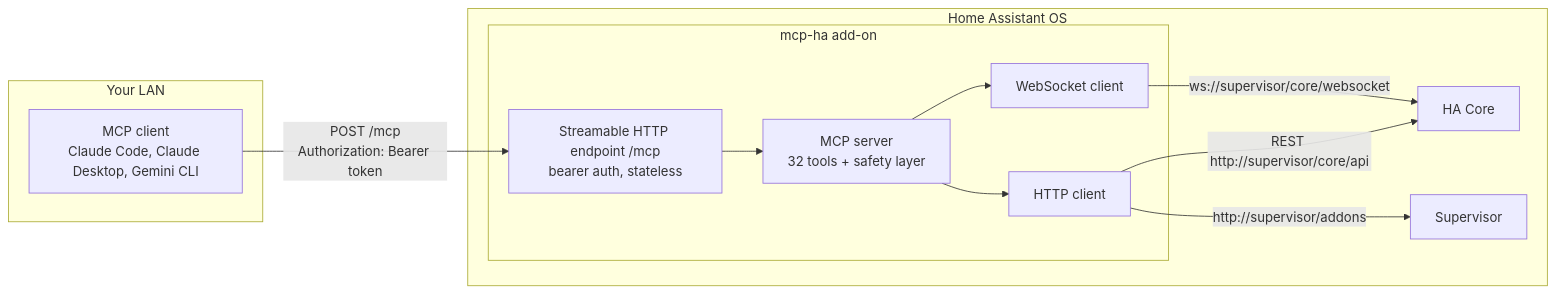
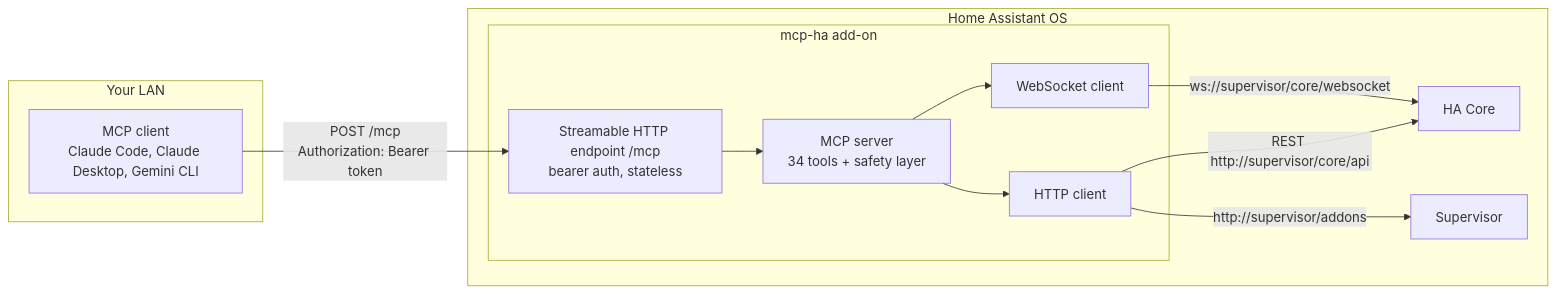
One commit to Devitek/mcp-ha changed the first of 3 diagrams in docs/reference/architecture.md. Above: the diagram before and after it, drawn with Mermaid. The commit also changed 21 other files, not shown here.

````diff
--- a/docs/reference/architecture.md
+++ b/docs/reference/architecture.md
@@ -7,23 +7,23 @@
 ```mermaid
 flowchart LR
   subgraph lan["Your LAN"]
     C["MCP client<br/>Claude Code, Claude Desktop, Gemini CLI"]
   end
   subgraph haos["Home Assistant OS"]
     subgraph addon["mcp-ha add-on"]
       T["Streamable HTTP endpoint /mcp<br/>bearer auth, stateless"]
-      S["MCP server<br/>32 tools + safety layer"]
+      S["MCP server<br/>34 tools + safety layer"]
       W["WebSocket client"]
       H["HTTP client"]
       T --> S
       S --> W
       S --> H
     end
     CORE["HA Core"]
     SUP["Supervisor"]
     W -->|"ws://supervisor/core/websocket"| CORE
     H -->|"REST http://supervisor/core/api"| CORE
     H -->|"http://supervisor/addons"| SUP
   end
   C -->|"POST /mcp<br/>Authorization: Bearer token"| T
 ```
````
